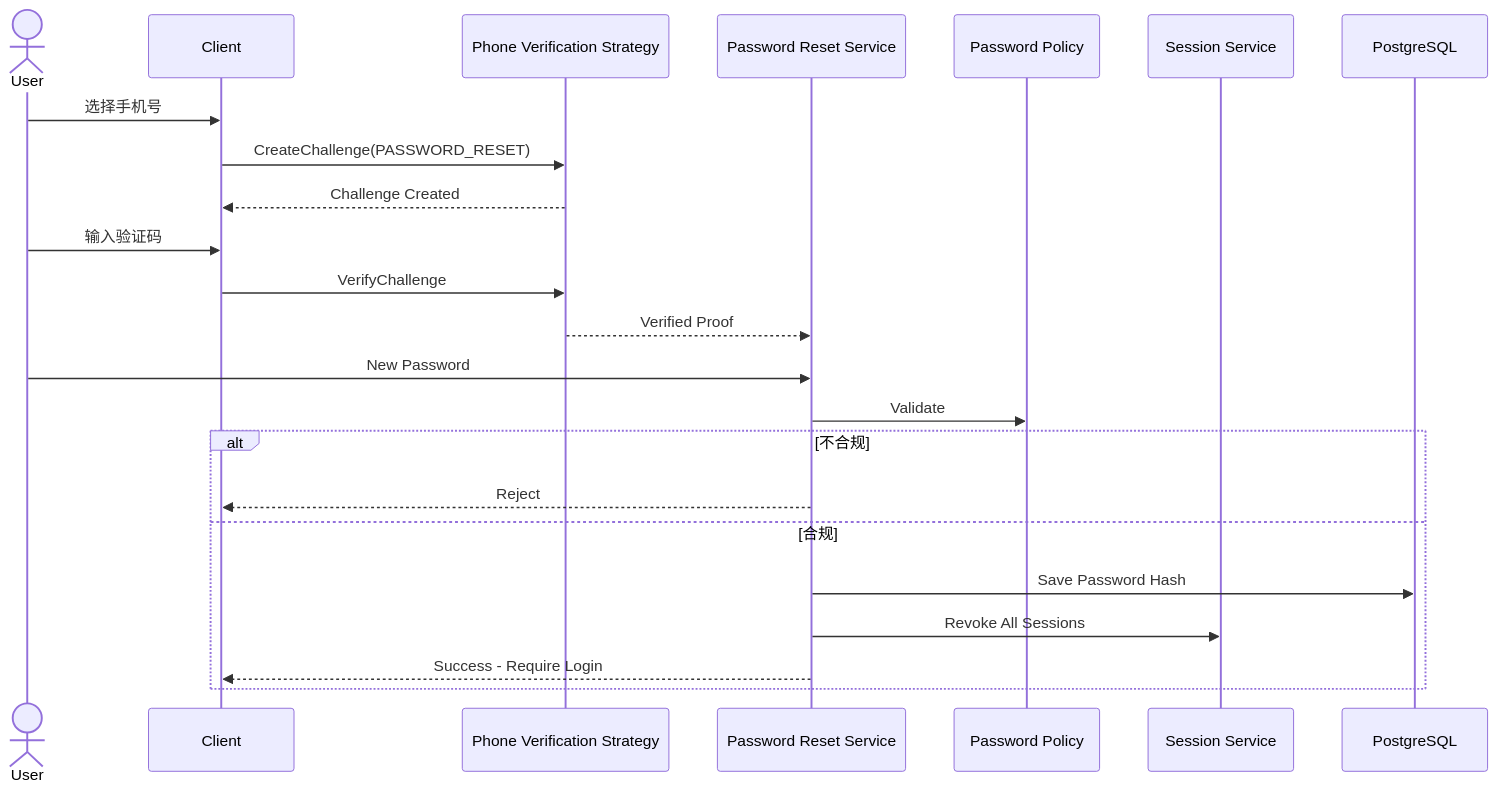
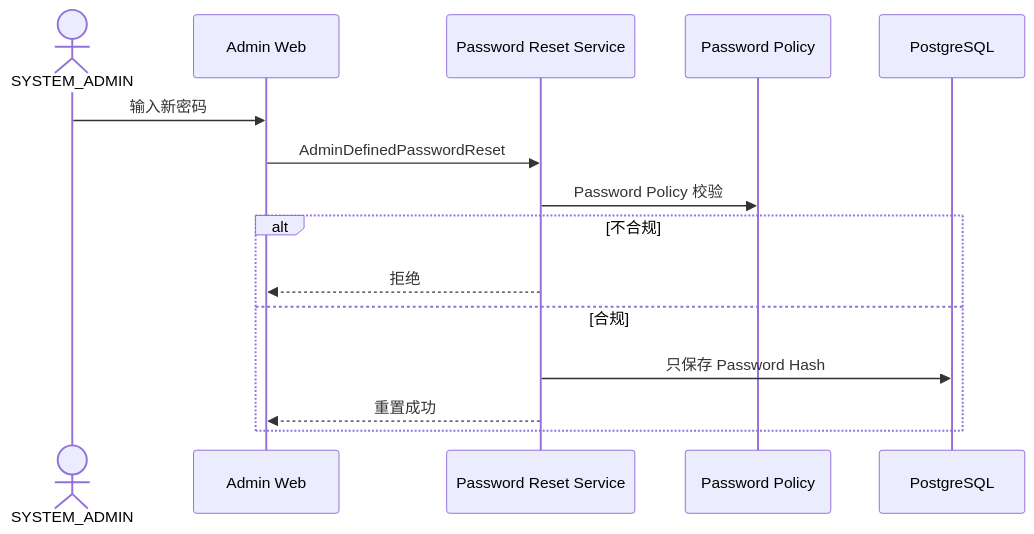
The fourth of 10 diagrams in docs/system-design/01-账户与身份/04-密码与账号恢复.md (sxyq/mastergoods), drawn with Mermaid before and after one commit. The commit also changed other lines of this file and 12 other files, not shown here.

Commit message:
docs(system-design): sync detailed design and explain flows

````diff
--- a/docs/system-design/01-账户与身份/04-密码与账号恢复.md
+++ b/docs/system-design/01-账户与身份/04-密码与账号恢复.md
@@ -114,29 +174,19 @@
 ```mermaid
 sequenceDiagram
-    actor U as User
-    participant C as Client
-    participant VERIFY as Phone Verification Strategy
+    actor SA as SYSTEM_ADMIN
+    participant WEB as Admin Web
     participant RESET as Password Reset Service
     participant POLICY as Password Policy
-    participant SESSION as Session Service
     participant DB as PostgreSQL
 
-    U->>C: 选择手机号
-    C->>VERIFY: CreateChallenge(PASSWORD_RESET)
-    VERIFY-->>C: Challenge Created
-
-    U->>C: 输入验证码
-    C->>VERIFY: VerifyChallenge
-    VERIFY-->>RESET: Verified Proof
-
-    U->>RESET: New Password
-    RESET->>POLICY: Validate
+    SA->>WEB: 输入新密码
+    WEB->>RESET: AdminDefinedPasswordReset
+    RESET->>POLICY: Password Policy 校验
 
     alt 不合规
-        RESET-->>C: Reject
+        RESET-->>WEB: 拒绝
     else 合规
-        RESET->>DB: Save Password Hash
-        RESET->>SESSION: Revoke All Sessions
-        RESET-->>C: Success - Require Login
+        RESET->>DB: 只保存 Password Hash
+        RESET-->>WEB: 重置成功
     end
 ```
````
